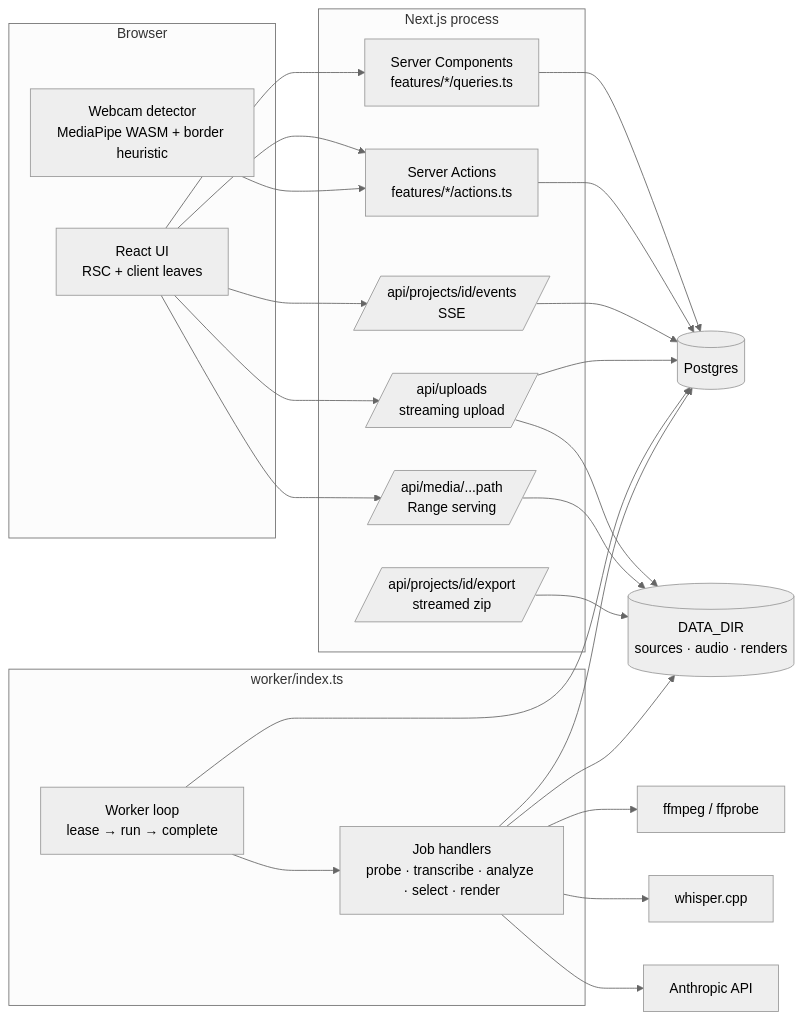
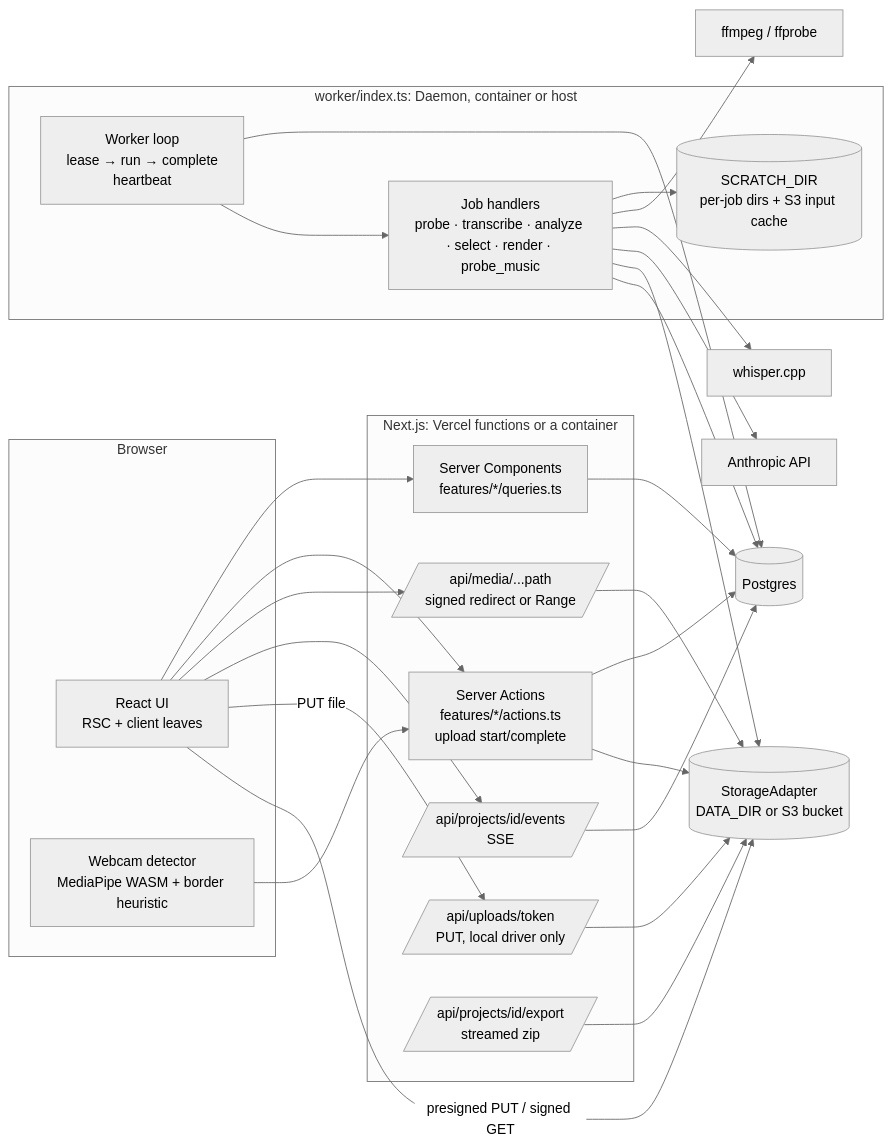
The first of 2 diagrams in docs/ARCHITECTURE.md (gabrielccarvalho/nimbus), drawn with Mermaid (neutral theme) before and after one commit. The commit also changed other lines of this file and 6 other files, not shown here.

````diff
--- a/docs/ARCHITECTURE.md
+++ b/docs/ARCHITECTURE.md
@@ -7,36 +9,39 @@
 ```mermaid
 flowchart LR
   subgraph Browser
     UI[React UI<br/>RSC + client leaves]
     WD[Webcam detector<br/>MediaPipe WASM + border heuristic]
   end
 
-  subgraph Next[Next.js process]
+  subgraph Next[Next.js: Vercel functions or a container]
     RSC[Server Components<br/>features/*/queries.ts]
-    SA[Server Actions<br/>features/*/actions.ts]
-    UP[/api/uploads<br/>streaming upload/]
-    MD[/api/media/...path<br/>Range serving/]
+    SA[Server Actions<br/>features/*/actions.ts<br/>upload start/complete]
+    UP[/api/uploads/token<br/>PUT, local driver only/]
+    MD[/api/media/...path<br/>signed redirect or Range/]
     SSE[/api/projects/id/events<br/>SSE/]
     ZIP[/api/projects/id/export<br/>streamed zip/]
   end
 
-  subgraph Worker[worker/index.ts]
-    WL[Worker loop<br/>lease → run → complete]
-    H[Job handlers<br/>probe · transcribe · analyze · select · render]
+  subgraph Worker[worker/index.ts: Daemon, container or host]
+    WL[Worker loop<br/>lease → run → complete<br/>heartbeat]
+    H[Job handlers<br/>probe · transcribe · analyze · select · render · probe_music]
+    SC[(SCRATCH_DIR<br/>per-job dirs + S3 input cache)]
   end
 
   DB[(Postgres)]
-  FS[(DATA_DIR<br/>sources · audio · renders)]
+  ST[(StorageAdapter<br/>DATA_DIR or S3 bucket)]
   FF[ffmpeg / ffprobe]
   WH[whisper.cpp]
   AN[Anthropic API]
 
-  UI --> RSC & SA & UP & MD & SSE
+  UI --> RSC & SA & MD & SSE
+  UI -- PUT file --> UP
+  UI -- presigned PUT / signed GET --> ST
   WD --> SA
   RSC & SA & SSE --> DB
-  UP --> FS & DB
-  MD & ZIP --> FS
+  SA & UP & MD & ZIP --> ST
   WL --> DB
   WL --> H
-  H --> FF & WH & AN & FS & DB
+  H --> SC
+  H --> FF & WH & AN & ST & DB
 ```
````
